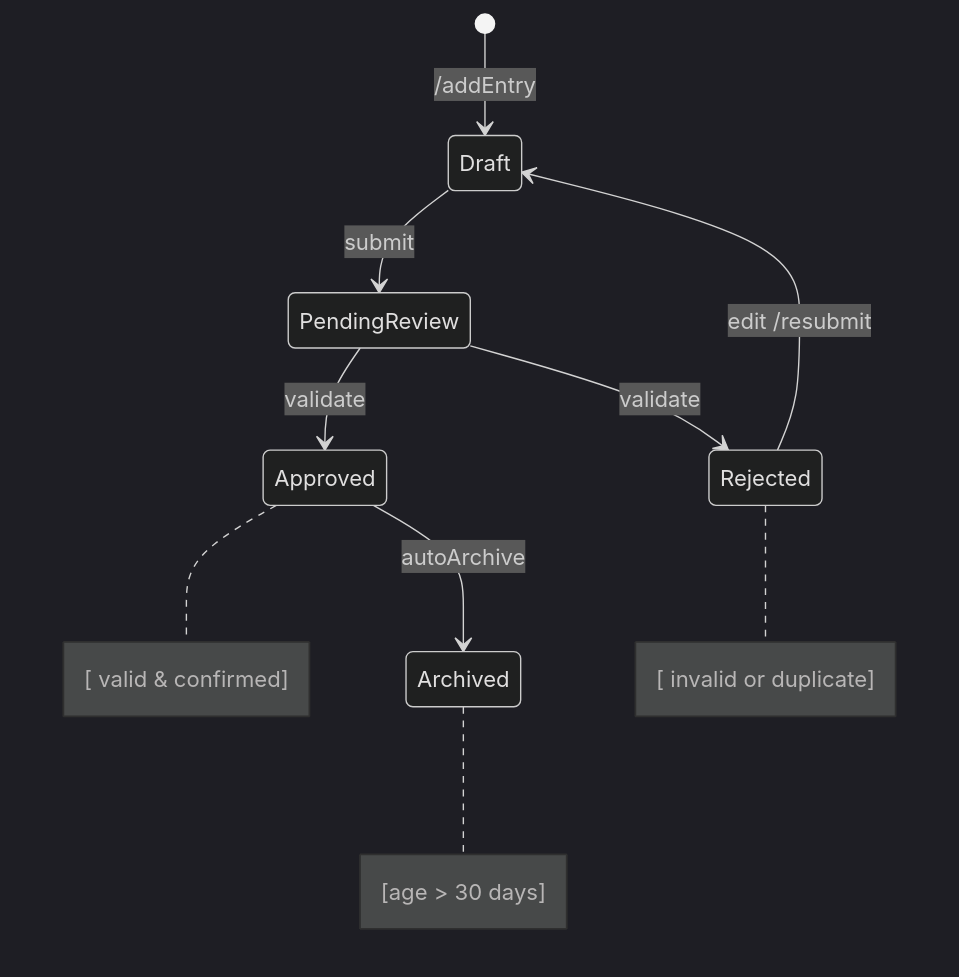
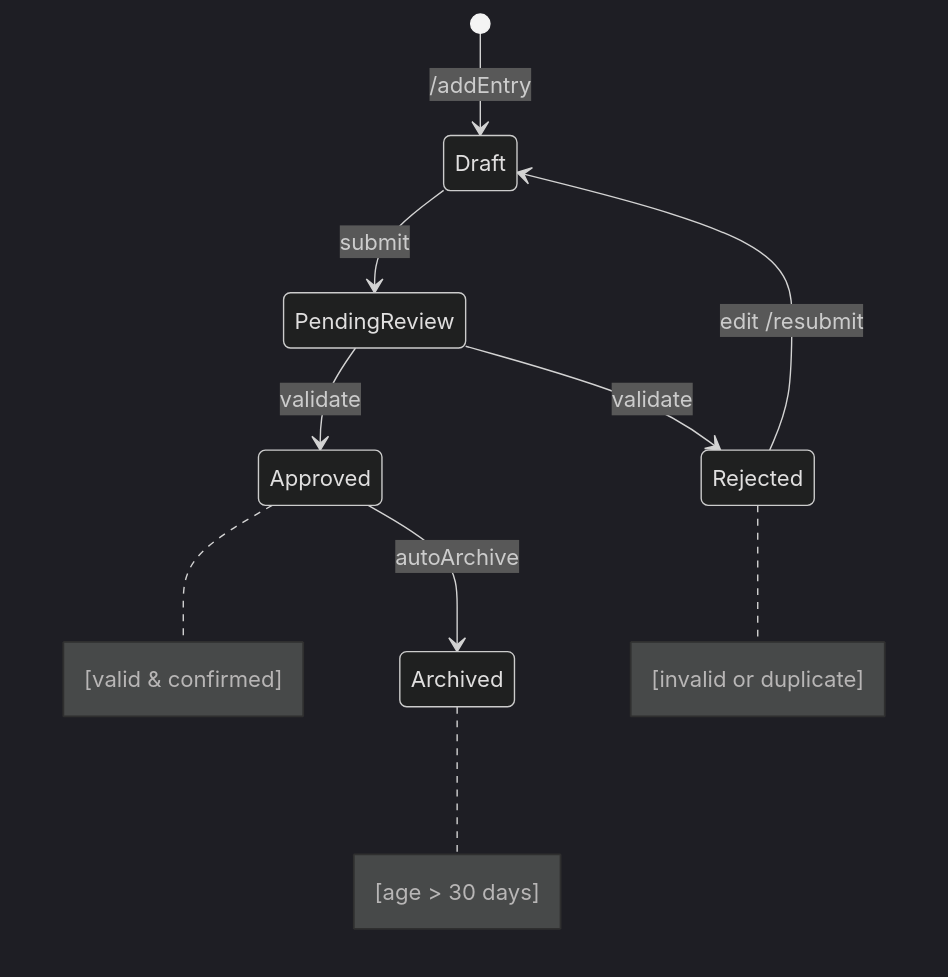
Before and after one commit to NdumisoCPUT/informal-business-management: the second of 5 diagrams in State_Transition_Diagrams.md, drawn with Mermaid (dark theme). The commit also changed other lines of this file, not shown here.

````diff
--- a/State_Transition_Diagrams.md
+++ b/State_Transition_Diagrams.md
@@ -20,18 +20,18 @@
 ```mermaid
 stateDiagram-v2
     [*] --> Draft : /addEntry
 
     Draft --> PendingReview : submit
 
     PendingReview --> Approved : validate  
-    note right of Approved : [ valid & confirmed]
+    note right of Approved : [valid & confirmed]
 
     PendingReview --> Rejected : validate  
-    note right of Rejected : [ invalid or duplicate]
+    note right of Rejected : [invalid or duplicate]
 
     Rejected --> Draft : edit /resubmit
 
     Approved --> Archived : autoArchive  
     note right of Archived : [age > 30 days]
 
 ```
````
